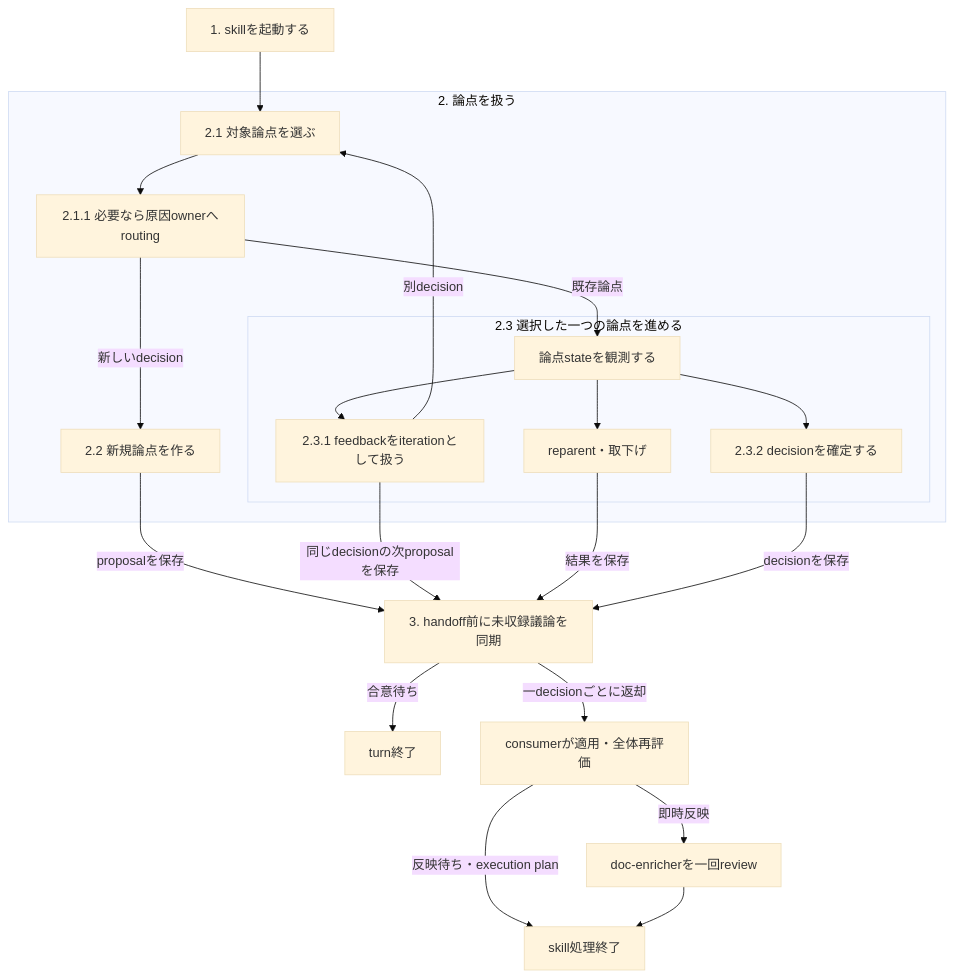
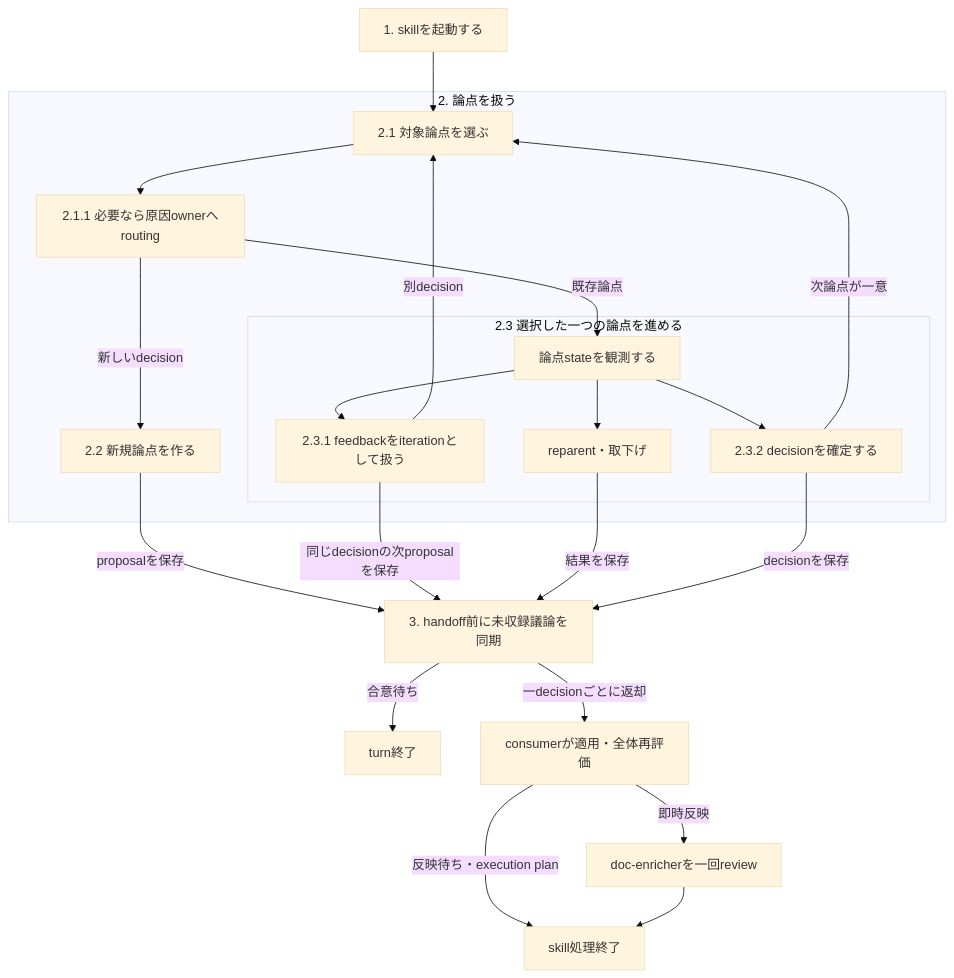
One commit to tumeda1992/ai_agent_dev_skill_plugin changed the diagram in plugins/tumeda-dev/skills/facilitate-discussion/SKILL.md. Above: the diagram before and after it, drawn with Mermaid (base theme). The commit also changed other lines of this file, not shown here.

````diff
--- a/plugins/tumeda-dev/skills/facilitate-discussion/SKILL.md
+++ b/plugins/tumeda-dev/skills/facilitate-discussion/SKILL.md
@@ -92,25 +92,26 @@
 ```mermaid
 flowchart TD
   S["1. skillを起動する"] --> T
   subgraph TL["2. 論点を扱う"]
     T["2.1 対象論点を選ぶ"]
     T --> C["2.1.1 必要なら原因ownerへrouting"]
     C -->|新しいdecision| N["2.2 新規論点を作る"]
     C -->|既存論点| A
     subgraph AL["2.3 選択した一つの論点を進める"]
       A["論点stateを観測する"] --> I["2.3.1 feedbackをiterationとして扱う"]
       A --> D["2.3.2 decisionを確定する"]
       A --> R["reparent・取下げ"]
     end
     I -->|別decision| T
   end
   N -->|proposalを保存| G["3. handoff前に未収録議論を同期"]
   I -->|同じdecisionの次proposalを保存| G
   R -->|結果を保存| G
   D -->|decisionを保存| G
+  D -->|次論点が一意| T
   G -->|合意待ち| W["turn終了"]
   G -->|一decisionごとに返却| H["consumerが適用・全体再評価"]
   H -->|即時反映| K["doc-enricherを一回review"]
   H -->|反映待ち・execution plan| E["skill処理終了"]
   K --> E
 ```
````
